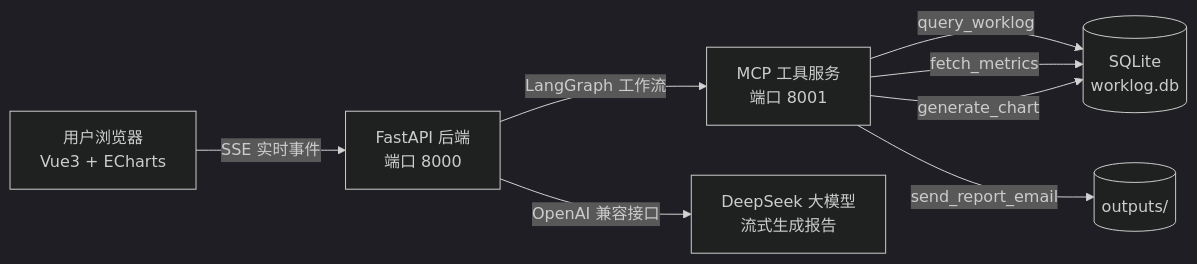
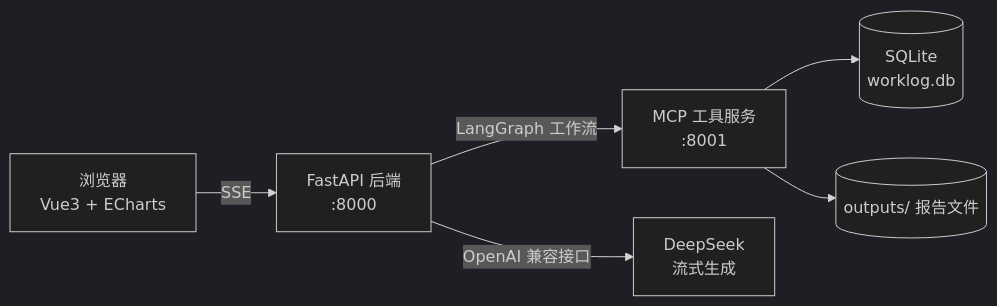
One commit to king12355555/agent-report changed the diagram in README.md. Above: the diagram before and after it, drawn with Mermaid (dark theme). The commit also changed other lines of this file, not shown here.

````diff
--- a/README.md
+++ b/README.md
@@ -19,10 +22,8 @@
 ```mermaid
 graph LR
-    U[用户浏览器<br/>Vue3 + ECharts] -- SSE 实时事件 --> B[FastAPI 后端<br/>端口 8000]
-    B -- LangGraph 工作流 --> M[MCP 工具服务<br/>端口 8001]
-    M -- query_worklog --> DB[(SQLite<br/>worklog.db)]
-    M -- fetch_metrics --> DB
-    M -- generate_chart --> DB
-    M -- send_report_email --> O[(outputs/)]
-    B -- OpenAI 兼容接口 --> L[DeepSeek 大模型<br/>流式生成报告]
+    U[浏览器<br/>Vue3 + ECharts] -- SSE --> B[FastAPI 后端<br/>:8000]
+    B -- LangGraph 工作流 --> M[MCP 工具服务<br/>:8001]
+    M --> DB[(SQLite<br/>worklog.db)]
+    M --> O[(outputs/ 报告文件)]
+    B -- OpenAI 兼容接口 --> L[DeepSeek<br/>流式生成]
 ```
````
